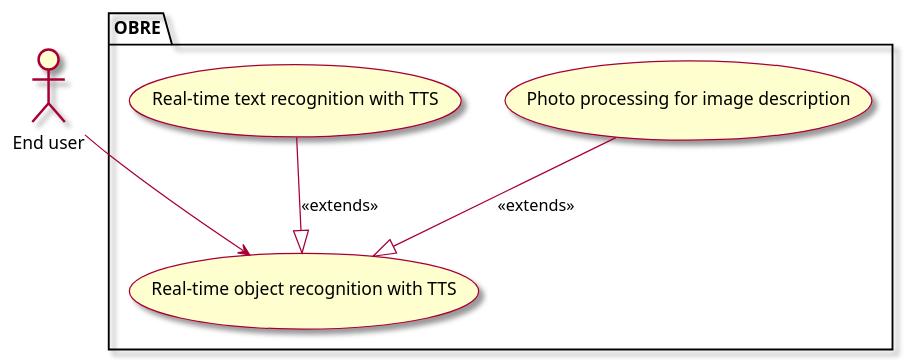
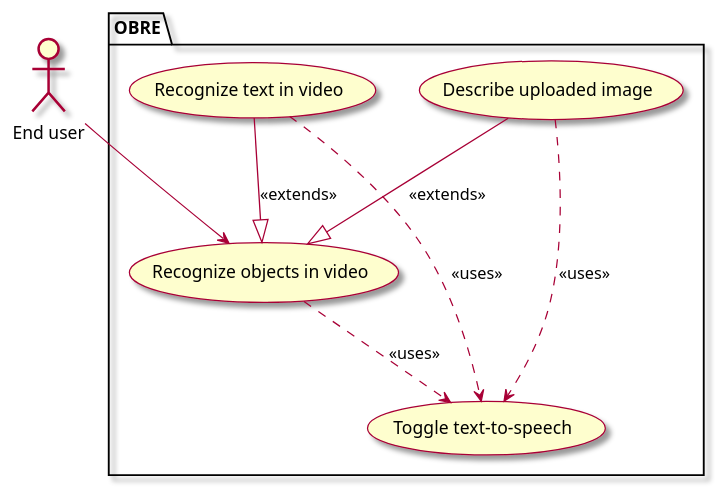
One commit to tonyh1306/OBRE-Vision-through-a-screen changed the diagram in intellij/doc/vision.md. Above: the diagram before and after it, drawn with PlantUML. The commit also changed other lines of this file and 21 other files, not shown here.

````diff
--- a/intellij/doc/vision.md
+++ b/intellij/doc/vision.md
@@ -29,20 +27,24 @@
 ```plantuml
 @startuml
 skin rose
 
 ' human actors
 actor "End user" as user
 
 ' list all use cases in package
 package OBRE {
-    usecase "Real-time object recognition with TTS" as obre
-    usecase "Photo processing for image description" as describe 
-    usecase "Real-time text recognition with TTS" as videotext
+    usecase "Recognize objects in video" as obre
+    usecase "Describe uploaded image" as describe 
+    usecase "Recognize text in video" as videotext
+    usecase "Toggle text-to-speech" as toggleTTS
 }
 
 ' list relationships between actors and use cases
 user --> obre
 videotext --|> obre : <<extends>>
 describe --|> obre : <<extends>>
+obre ..> toggleTTS : <<uses>>
+videotext ..> toggleTTS : <<uses>>
+describe ..> toggleTTS : <<uses>>
 @enduml
 ```
````
